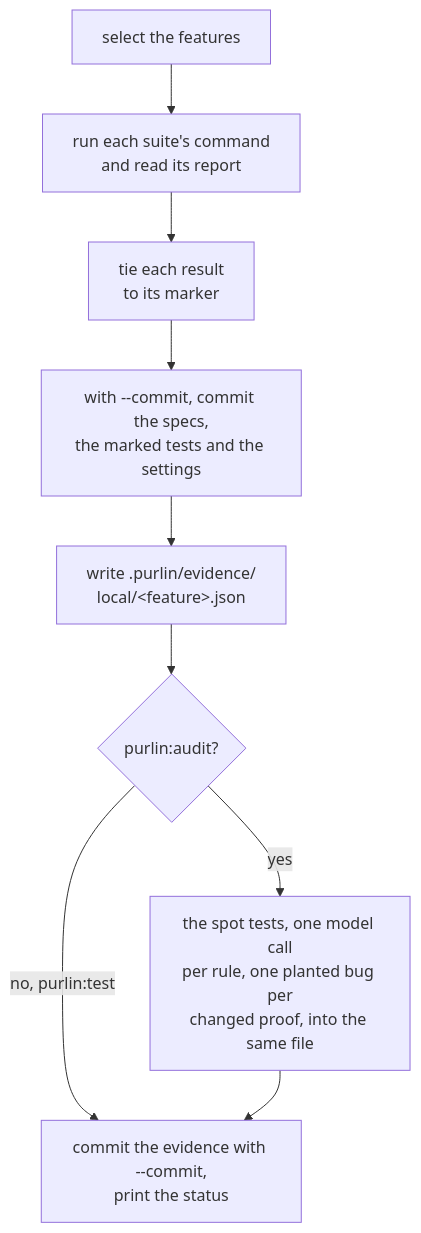
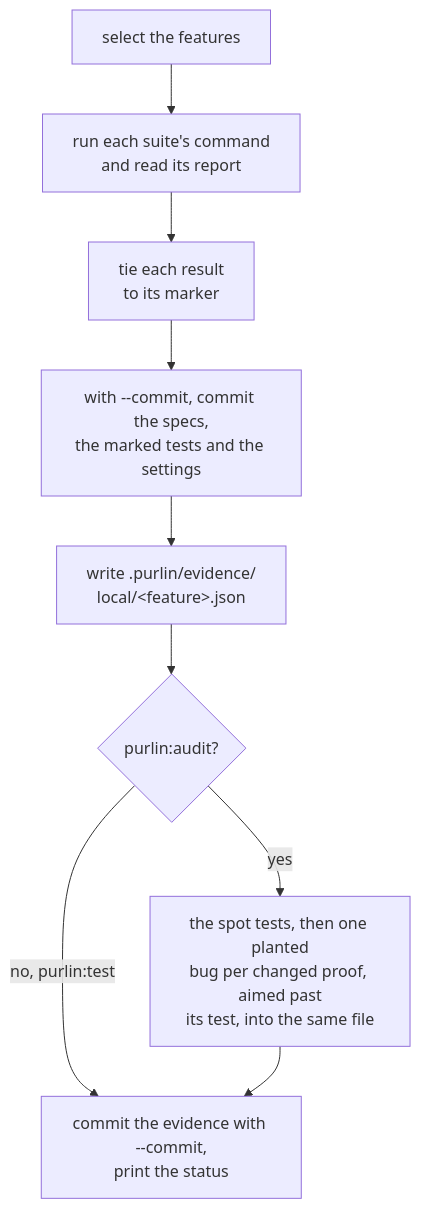
Before and after one commit to rlabarca/purlin: the diagram in docs/running-and-evidence.md, drawn with Mermaid. The commit also changed other lines of this file and 15 other files, not shown here.

````diff
--- a/docs/running-and-evidence.md
+++ b/docs/running-and-evidence.md
@@ -381,11 +387,11 @@
 ```mermaid
 flowchart TD
     S["select the features"] --> R["run each suite's command<br>and read its report"]
     R --> M["tie each result<br>to its marker"]
     M --> C["with --commit, commit the specs,<br>the marked tests and the settings"]
     C --> W["write .purlin/evidence/<br>local/#lt;feature#gt;.json"]
     W --> Q{"purlin:audit?"}
-    Q -->|yes| A["the spot tests, one model call<br>per rule, one planted bug per<br>changed proof, into the same file"]
+    Q -->|yes| A["the spot tests, then one planted<br>bug per changed proof, aimed past<br>its test, into the same file"]
     Q -->|"no, purlin:test"| T
     A --> T["commit the evidence with --commit,<br>print the status"]
 ```
````
